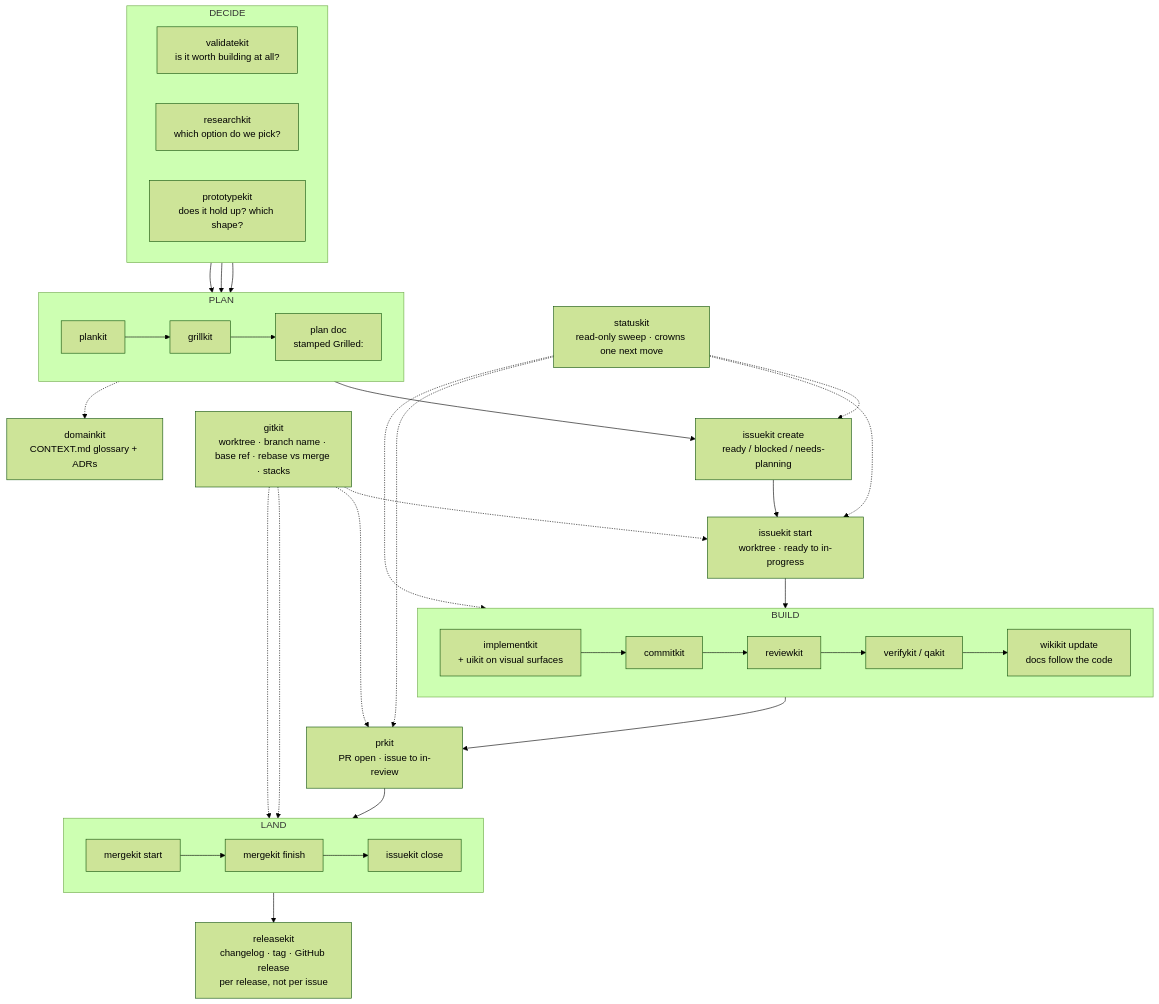
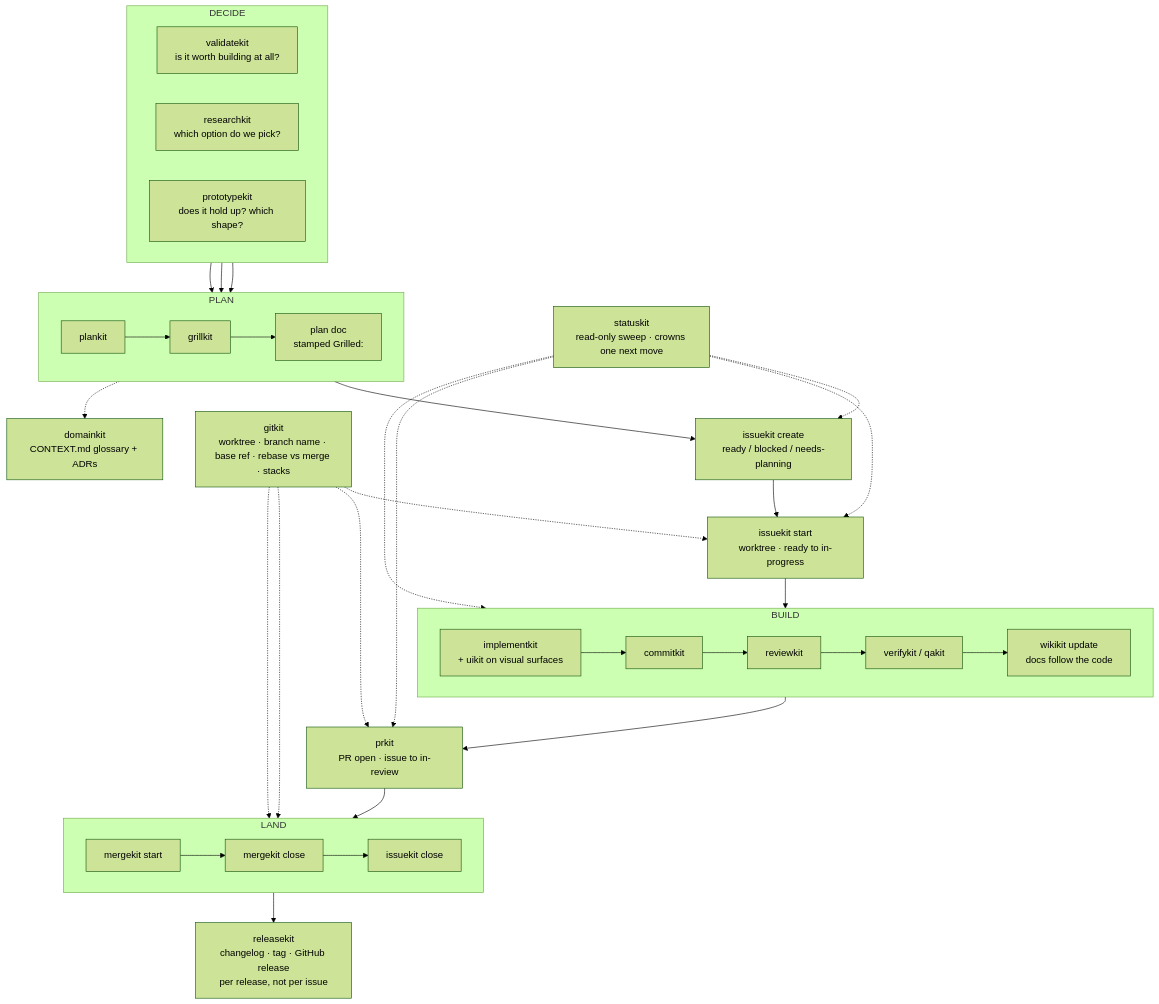
Before and after one commit to mimukit/skills: the diagram in docs/wiki/workflow.md, drawn with Mermaid (forest theme). The commit also changed other lines of this file and 2 other files, not shown here.

First line of the commit message:
refactor(mergekit): rename the finish mode to close

````diff
--- a/docs/wiki/workflow.md
+++ b/docs/wiki/workflow.md
@@ -40,55 +40,55 @@
 ```mermaid
 flowchart TD
     ST["statuskit<br>read-only sweep · crowns one next move"]
 
     subgraph decide["DECIDE"]
         direction LR
         V["validatekit<br>is it worth building at all?"]
         R["researchkit<br>which option do we pick?"]
         PR["prototypekit<br>does it hold up? which shape?"]
     end
 
     subgraph plan["PLAN"]
         direction LR
         P["plankit"] --> G["grillkit"] --> PD["plan doc<br>stamped Grilled:"]
     end
 
     F["issuekit create<br>ready / blocked / needs-planning"]
     S["issuekit start<br>worktree · ready to in-progress"]
 
     subgraph build["BUILD"]
         direction LR
         I["implementkit<br>+ uikit on visual surfaces"] --> C["commitkit"] --> RV["reviewkit"] --> Q["verifykit / qakit"] --> W["wikikit update<br>docs follow the code"]
     end
 
     SH["prkit<br>PR open · issue to in-review"]
 
     subgraph land["LAND"]
         direction LR
-        M1["mergekit start"] --> M2["mergekit finish"] --> M3["issuekit close"]
+        M1["mergekit start"] --> M2["mergekit close"] --> M3["issuekit close"]
     end
 
     RL["releasekit<br>changelog · tag · GitHub release<br>per release, not per issue"]
 
     GK["gitkit<br>worktree · branch name · base ref · rebase vs merge · stacks"]
     DK["domainkit<br>CONTEXT.md glossary + ADRs"]
 
     V --> P
     R --> P
     PR --> P
     PD --> F --> S --> I
     W --> SH --> M1
     M3 --> RL
 
     ST -.-> F
     ST -.-> S
     ST -.-> I
     ST -.-> SH
 
     GK -.-> S
     GK -.-> SH
     GK -.-> M1
     GK -.-> M3
 
     G -.-> DK
 ```
````
